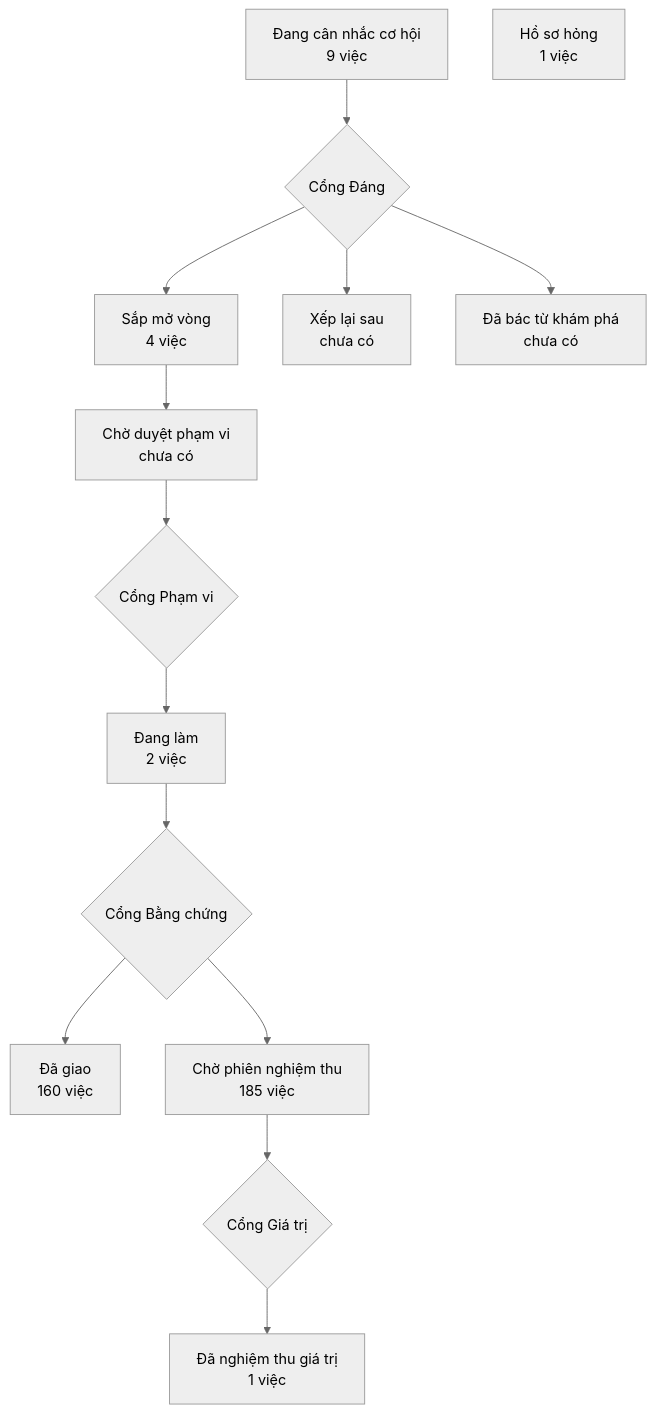
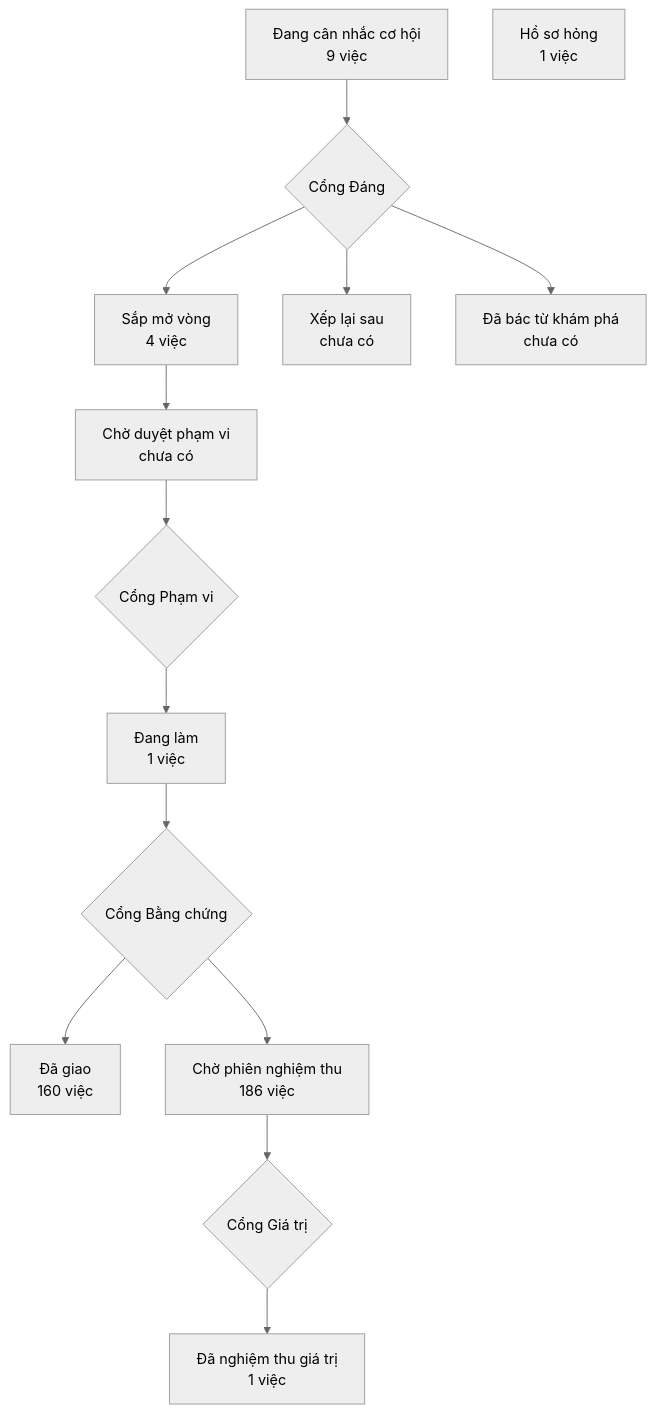
The diagram in PRODUCT-MAP.md (phanlemanh/crm-onehub), drawn with Mermaid (neutral theme) before and after one commit. The commit also changed 4 other files, not shown here.

````diff
--- a/PRODUCT-MAP.md
+++ b/PRODUCT-MAP.md
@@ -7,13 +7,13 @@
 ```mermaid
 flowchart TD
   A["Đang cân nhắc cơ hội<br/>9 việc"] --> GD{"Cổng Đáng"}
   GD --> B["Sắp mở vòng<br/>4 việc"]
   GD --> XL["Xếp lại sau<br/>chưa có"]
   GD --> DB["Đã bác từ khám phá<br/>chưa có"]
   B --> CD["Chờ duyệt phạm vi<br/>chưa có"] --> GP{"Cổng Phạm vi"}
-  GP --> DL["Đang làm<br/>2 việc"] --> GB{"Cổng Bằng chứng"}
+  GP --> DL["Đang làm<br/>1 việc"] --> GB{"Cổng Bằng chứng"}
   GB --> DG["Đã giao<br/>160 việc"]
-  GB --> CN["Chờ phiên nghiệm thu<br/>185 việc"] --> GG{"Cổng Giá trị"}
+  GB --> CN["Chờ phiên nghiệm thu<br/>186 việc"] --> GG{"Cổng Giá trị"}
   GG --> NT["Đã nghiệm thu giá trị<br/>1 việc"]
   HS["Hồ sơ hỏng<br/>1 việc"]
 ```
````
